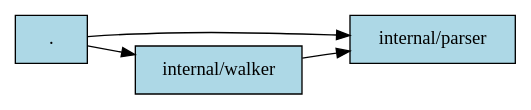
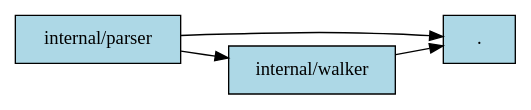
Before and after one commit to artificial-lua/depgraph-go: the diagram in README.md, drawn with Graphviz. The commit also changed other lines of this file, not shown here.

````diff
--- a/README.md
+++ b/README.md
@@ -50,9 +49,9 @@
 ```dot
 digraph G {
     rankdir=LR;
     node [shape=box, style=filled, fillcolor=lightblue];
-    "." -> "internal/parser";
-    "." -> "internal/walker";
-    "internal/walker" -> "internal/parser";
+    "internal/parser" -> ".";
+    "internal/walker" -> ".";
+    "internal/parser" -> "internal/walker";
 }
 ```
````
